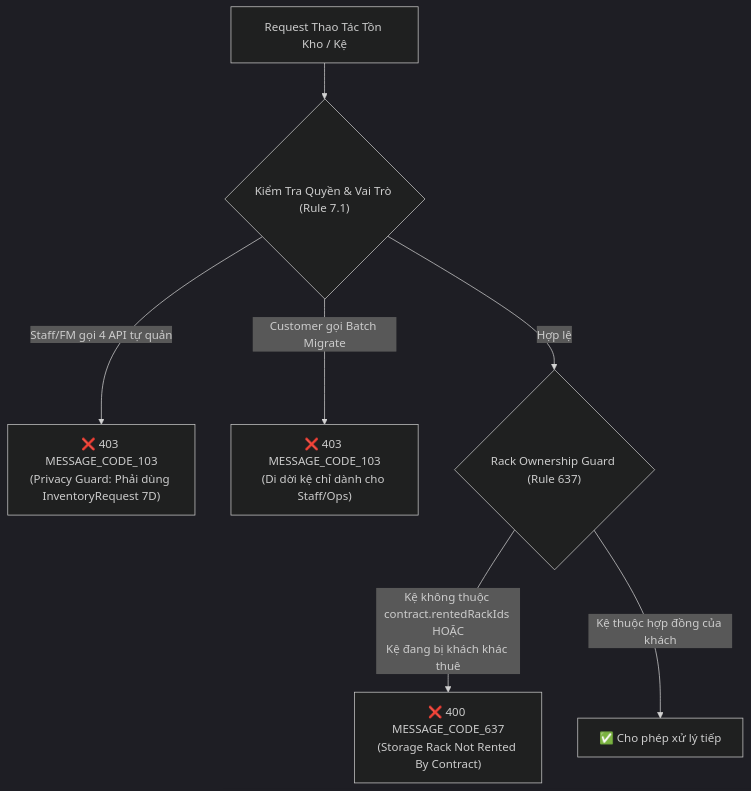
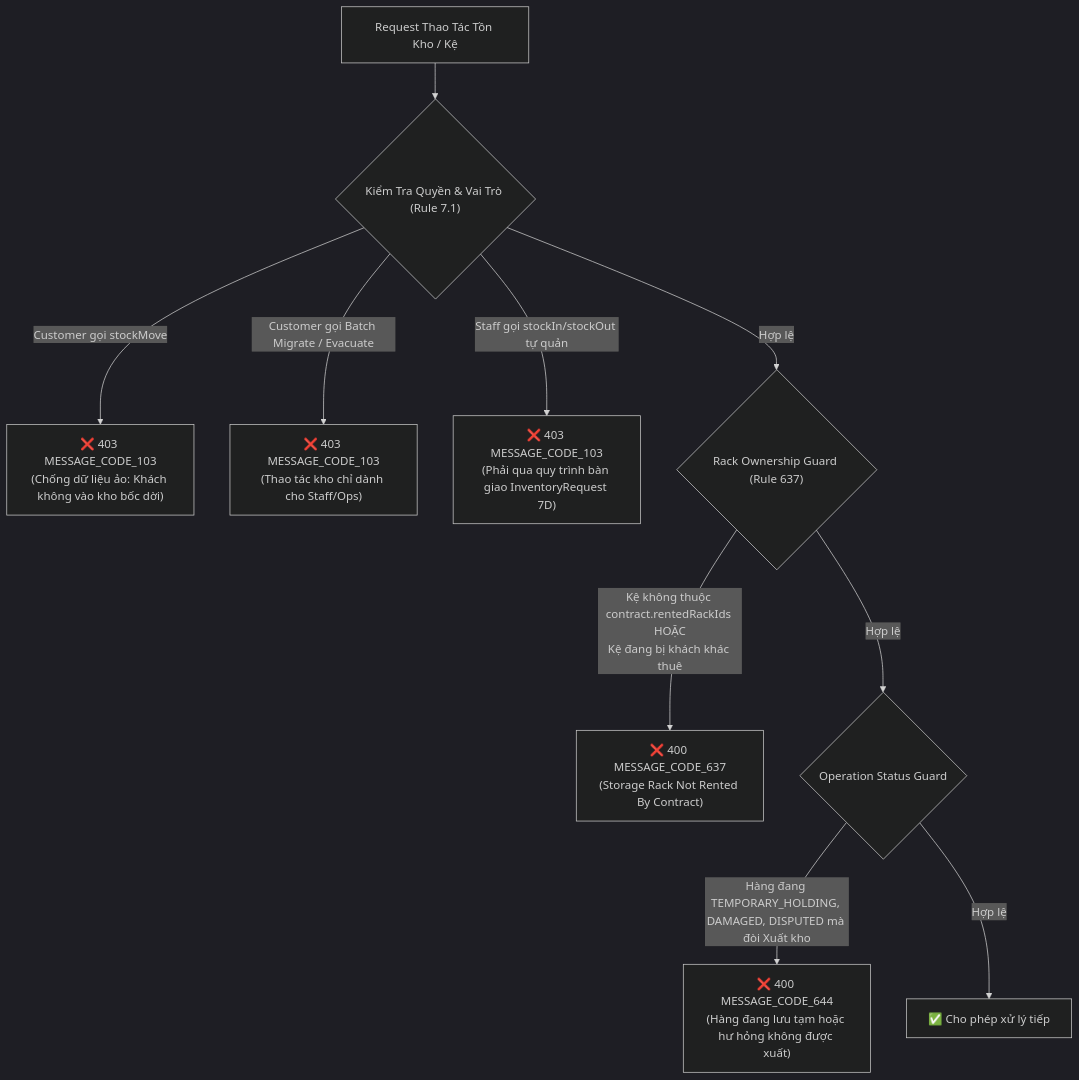
Before and after one commit to LeVanThai-Working/self-storage-system-be: the first of 3 diagrams in docs/agent/customer-inventory/PHYSICAL_WAREHOUSE_AND_RACK_MIGRATION_FLOW.md, drawn with Mermaid (dark theme). The commit also changed other lines of this file and 14 other files, not shown here.

Commit message:
[FEATURE] (customerInventory): implement staff stock move, item status lifecycle and emergency evacuation

````diff
--- a/docs/agent/customer-inventory/PHYSICAL_WAREHOUSE_AND_RACK_MIGRATION_FLOW.md
+++ b/docs/agent/customer-inventory/PHYSICAL_WAREHOUSE_AND_RACK_MIGRATION_FLOW.md
@@ -37,12 +41,16 @@
 ```mermaid
 flowchart TD
     Req["Request Thao Tác Tồn Kho / Kệ"] --> RoleCheck{"Kiểm Tra Quyền & Vai Trò (Rule 7.1)"}
 
-    RoleCheck -- "Staff/FM gọi 4 API tự quản" --> Block1["❌ 403 MESSAGE_CODE_103<br>(Privacy Guard: Phải dùng InventoryRequest 7D)"]
-    RoleCheck -- "Customer gọi Batch Migrate" --> Block2["❌ 403 MESSAGE_CODE_103<br>(Di dời kệ chỉ dành cho Staff/Ops)"]
+    RoleCheck -- "Customer gọi stockMove" --> Block1["❌ 403 MESSAGE_CODE_103<br>(Chống dữ liệu ảo: Khách không vào kho bốc dời)"]
+    RoleCheck -- "Customer gọi Batch Migrate / Evacuate" --> Block2["❌ 403 MESSAGE_CODE_103<br>(Thao tác kho chỉ dành cho Staff/Ops)"]
+    RoleCheck -- "Staff gọi stockIn/stockOut tự quản" --> Block3["❌ 403 MESSAGE_CODE_103<br>(Phải qua quy trình bàn giao InventoryRequest 7D)"]
 
     RoleCheck -- "Hợp lệ" --> RackGuard{"Rack Ownership Guard (Rule 637)"}
-    RackGuard -- "Kệ không thuộc contract.rentedRackIds HOẶC<br>Kệ đang bị khách khác thuê" --> Block3["❌ 400 MESSAGE_CODE_637<br>(Storage Rack Not Rented By Contract)"]
+    RackGuard -- "Kệ không thuộc contract.rentedRackIds HOẶC<br>Kệ đang bị khách khác thuê" --> Block4["❌ 400 MESSAGE_CODE_637<br>(Storage Rack Not Rented By Contract)"]
 
-    RackGuard -- "Kệ thuộc hợp đồng của khách" --> Pass["✅ Cho phép xử lý tiếp"]
+    RackGuard -- "Hợp lệ" --> StatusGuard{"Operation Status Guard"}
+    StatusGuard -- "Hàng đang TEMPORARY_HOLDING, DAMAGED, DISPUTED mà đòi Xuất kho" --> Block5["❌ 400 MESSAGE_CODE_644<br>(Hàng đang lưu tạm hoặc hư hỏng không được xuất)"]
+
+    StatusGuard -- "Hợp lệ" --> Pass["✅ Cho phép xử lý tiếp"]
 ```
````
